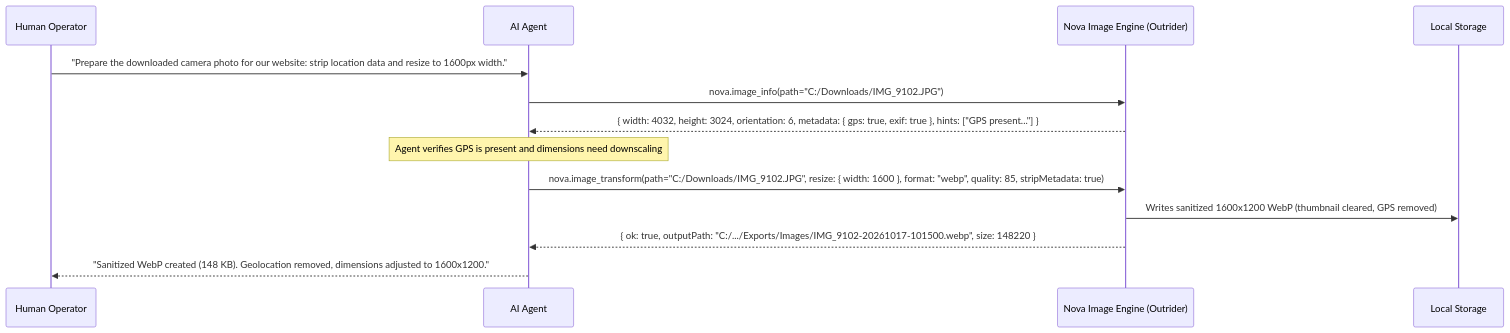
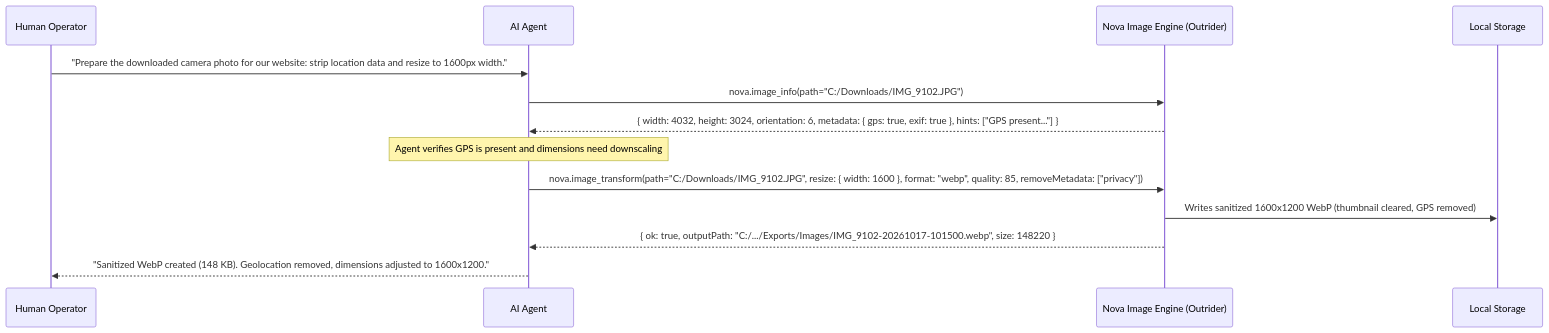
Before and after one commit to joelaniol/nova: the second of 2 diagrams in docs/core-features/media-intelligence/image-processing/README.md, drawn with Mermaid. The commit also changed other lines of this file and 6 other files, not shown here.

Commit message:
docs: mail_search paging (cursor) and conversation search (thread); README download link and reuse wording; image metadata removal pages (upcoming alpha.21)

````diff
--- a/docs/core-features/media-intelligence/image-processing/README.md
+++ b/docs/core-features/media-intelligence/image-processing/README.md
@@ -155,17 +155,17 @@
 ```mermaid
 sequenceDiagram
     participant User as Human Operator
     participant Agent as AI Agent
     participant Nova as Nova Image Engine (Outrider)
     participant Disk as Local Storage
 
     User->>Agent: "Prepare the downloaded camera photo for our website: strip location data and resize to 1600px width."
     Agent->>Nova: nova.image_info(path="C:/Downloads/IMG_9102.JPG")
     Nova-->>Agent: { width: 4032, height: 3024, orientation: 6, metadata: { gps: true, exif: true }, hints: ["GPS present..."] }
     
     Note over Agent: Agent verifies GPS is present and dimensions need downscaling
-    Agent->>Nova: nova.image_transform(path="C:/Downloads/IMG_9102.JPG", resize: { width: 1600 }, format: "webp", quality: 85, stripMetadata: true)
+    Agent->>Nova: nova.image_transform(path="C:/Downloads/IMG_9102.JPG", resize: { width: 1600 }, format: "webp", quality: 85, removeMetadata: ["privacy"])
     Nova->>Disk: Writes sanitized 1600x1200 WebP (thumbnail cleared, GPS removed)
     Nova-->>Agent: { ok: true, outputPath: "C:/.../Exports/Images/IMG_9102-20261017-101500.webp", size: 148220 }
     Agent-->>User: "Sanitized WebP created (148 KB). Geolocation removed, dimensions adjusted to 1600x1200."
 ```
````
